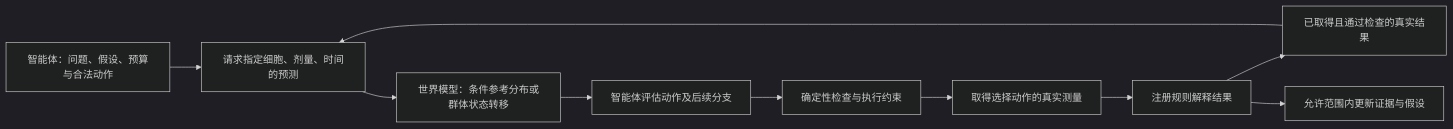
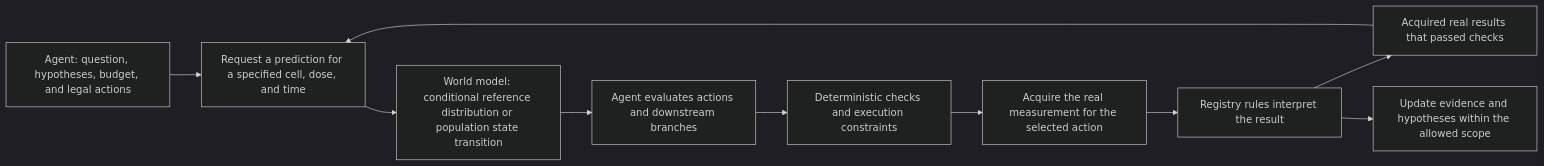
One commit to 1-Vast/LLM changed the diagram in research/acquisition_followup/README.md. Above: the diagram before and after it, drawn with Mermaid (dark theme). The commit also changed other lines of this file and 82 other files, not shown here.

````diff
--- a/research/acquisition_followup/README.md
+++ b/research/acquisition_followup/README.md
@@ -16,12 +16,12 @@
 ```mermaid
 flowchart LR
-    A[智能体：问题、假设、预算与合法动作] --> Q[请求指定细胞、剂量、时间的预测]
-    R[已取得且通过检查的真实结果] --> Q
-    Q --> W[世界模型：条件参考分布或群体状态转移]
-    W --> P[智能体评估动作及后续分支]
-    P --> C[确定性检查与执行约束]
-    C --> M[取得选择动作的真实测量]
-    M --> I[注册规则解释结果]
+    A[Agent: question, hypotheses, budget, and legal actions] --> Q[Request a prediction for a specified cell, dose, and time]
+    R[Acquired real results that passed checks] --> Q
+    Q --> W[World model: conditional reference distribution or population state transition]
+    W --> P[Agent evaluates actions and downstream branches]
+    P --> C[Deterministic checks and execution constraints]
+    C --> M[Acquire the real measurement for the selected action]
+    M --> I[Registry rules interpret the result]
     I --> R
-    I --> E[允许范围内更新证据与假设]
+    I --> E[Update evidence and hypotheses within the allowed scope]
 ```
````
